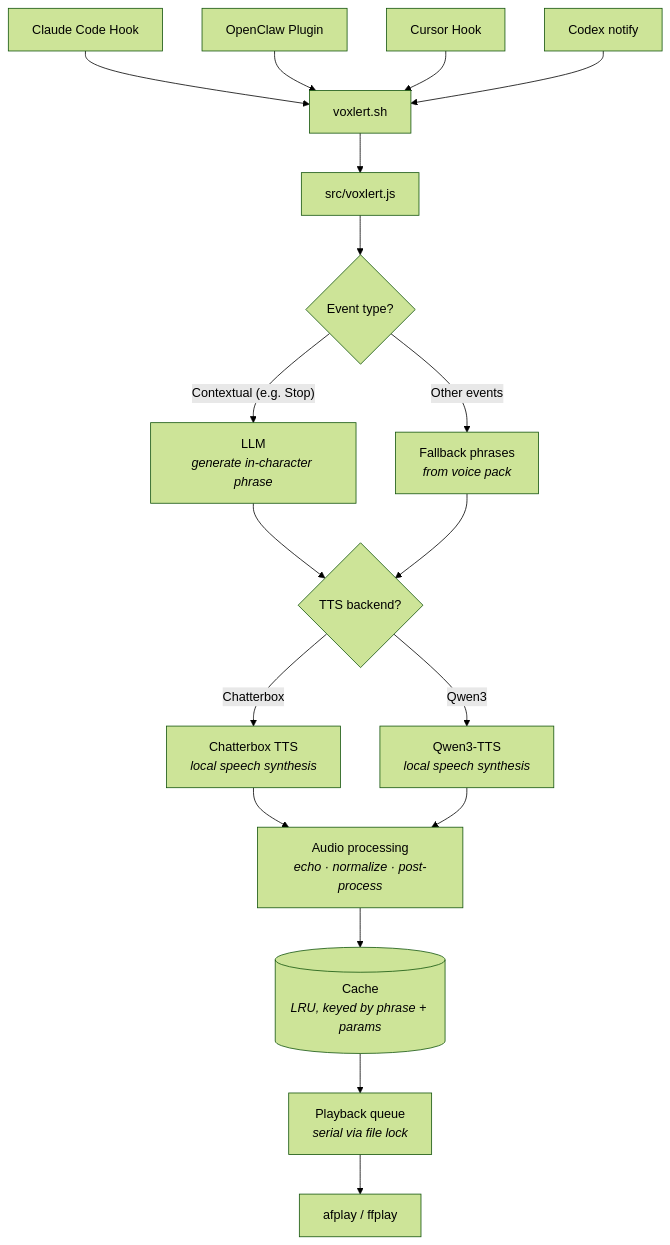
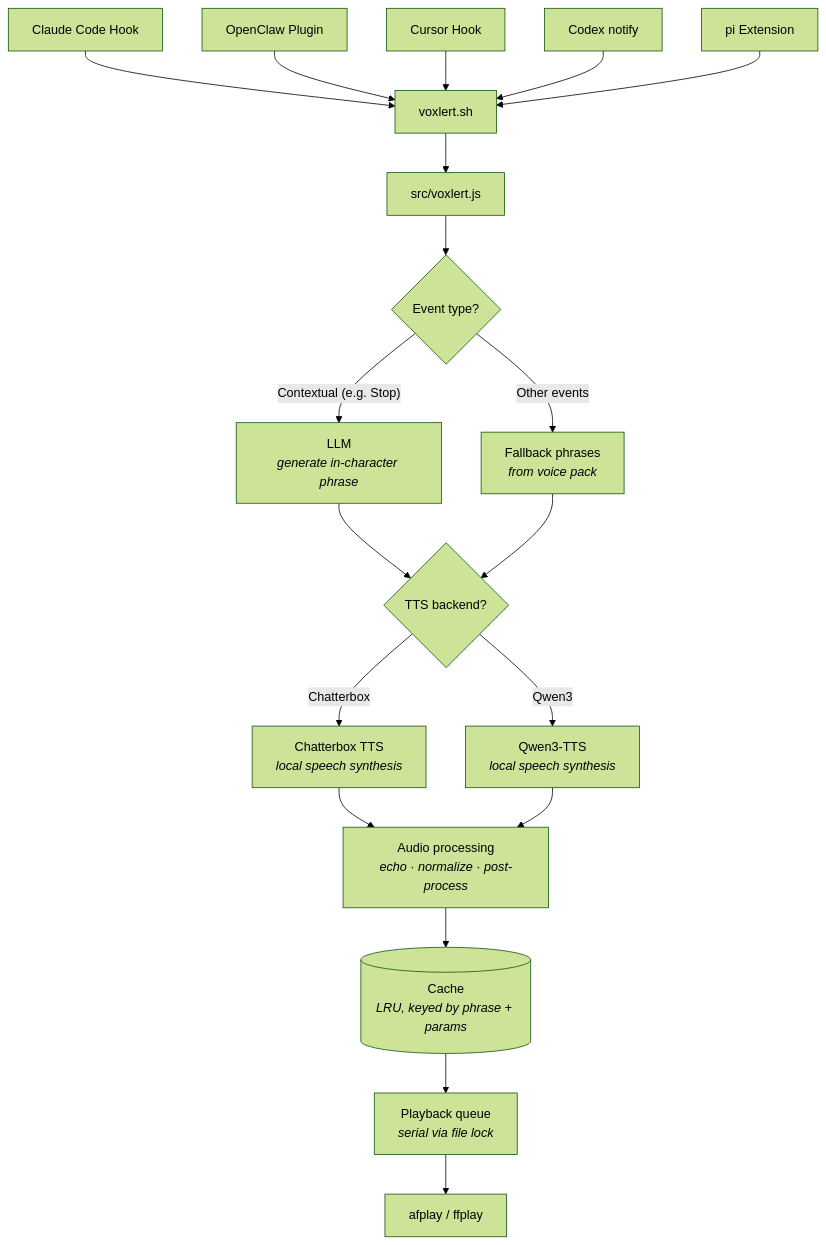
Before and after one commit to settinghead/voxlert: the diagram in README.md, drawn with Mermaid (forest theme). The commit also changed other lines of this file and 9 other files, not shown here.

````diff
--- a/README.md
+++ b/README.md
@@ -215,20 +236,21 @@
 ```mermaid
 flowchart TD
     A1[Claude Code Hook] --> B[voxlert.sh]
     A2[OpenClaw Plugin] --> B
     A3[Cursor Hook] --> B
     A4[Codex notify] --> B
+    A5[pi Extension] --> B
     B --> C[src/voxlert.js]
     C --> D{Event type?}
     D -- "Contextual (e.g. Stop)" --> E[LLM<br><i>generate in-character phrase</i>]
     D -- "Other events" --> F[Fallback phrases<br><i>from voice pack</i>]
     E --> G{TTS backend?}
     F --> G
     G -- Chatterbox --> G1[Chatterbox TTS<br><i>local speech synthesis</i>]
     G -- Qwen3 --> G2[Qwen3-TTS<br><i>local speech synthesis</i>]
     G1 --> H[Audio processing<br><i>echo · normalize · post-process</i>]
     G2 --> H
     H --> I[(Cache<br><i>LRU, keyed by phrase + params</i>)]
     I --> J[Playback queue<br><i>serial via file lock</i>]
     J --> K[afplay / ffplay]
 ```
````
